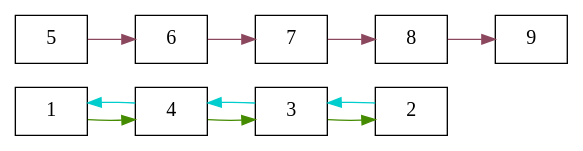
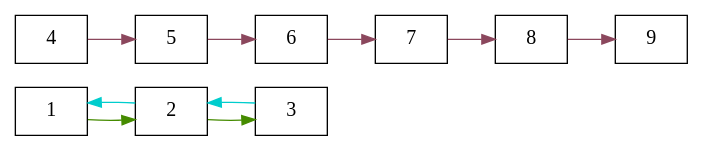
One commit to akudrinsky/list changed the diagram in cmake-build-debug/list_graph.dot. Above: the diagram before and after it, drawn with Graphviz. The commit also changed 9 other files, not shown here.

Commit message:
Now I've done sorting by logical order, have tail and head. Basic graphs

```diff
--- a/cmake-build-debug/list_graph.dot
+++ b/cmake-build-debug/list_graph.dot
@@ -1,18 +1,17 @@
 digraph G{
 edge[color="chartreuse4",fontcolor="blue",fontsize=12];
 rankdir=LR;
 node[shape="rectangle",fontsize=15];
 1[fillcolor="palegreen1"];
-1->4;
-4->3;
+1->2;
+2->3;
+edge[color="cyan3",fontcolor="blue",fontsize=12];
 3->2;
-edge[color="cyan3",fontcolor="blue",fontsize=12];
-2->3;
-3->4;
-4->1;
+2->1;
 edge[color="palevioletred4",fontcolor="blue",fontsize=12];
+4->5;
 5->6;
 6->7;
 7->8;
 8->9;
 }
```
